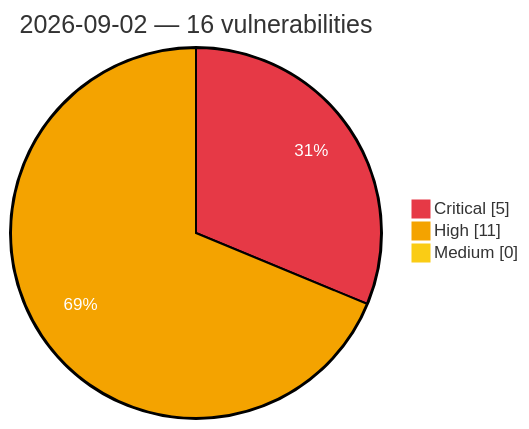
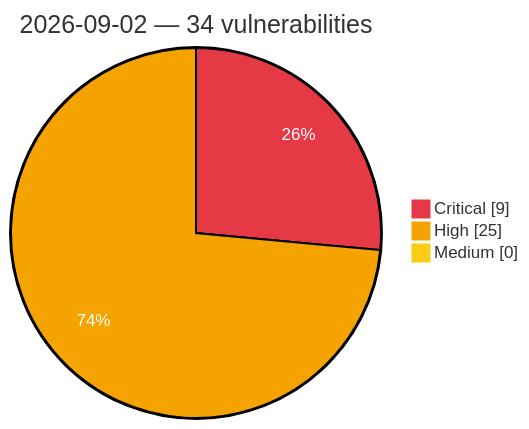
One commit to GhostX0X/vuln-tracker changed the diagram in vulnerabilities/2026/September/2026-09-02.md. Above: the diagram before and after it, drawn with Mermaid. The commit also changed other lines of this file and 5 other files, not shown here.

Commit message:
Auto update: critical/high vulns (2026-09-02 13:39 UTC)

````diff
--- a/vulnerabilities/2026/September/2026-09-02.md
+++ b/vulnerabilities/2026/September/2026-09-02.md
@@ -3,8 +3,8 @@
 ```mermaid
 %%{init: {'theme':'base', 'themeVariables': {'pie1':'#e63946', 'pie2':'#f4a300', 'pie3':'#facc15', 'pieOpacity':'1', 'pieOuterStrokeWidth':'2px', 'pieSectionTextColor':'#ffffff'}}}%%
 pie showData
-    title 2026-09-02 — 16 vulnerabilities
-    "Critical" : 5
-    "High" : 11
+    title 2026-09-02 — 34 vulnerabilities
+    "Critical" : 9
+    "High" : 25
     "Medium" : 0
 ```
````
